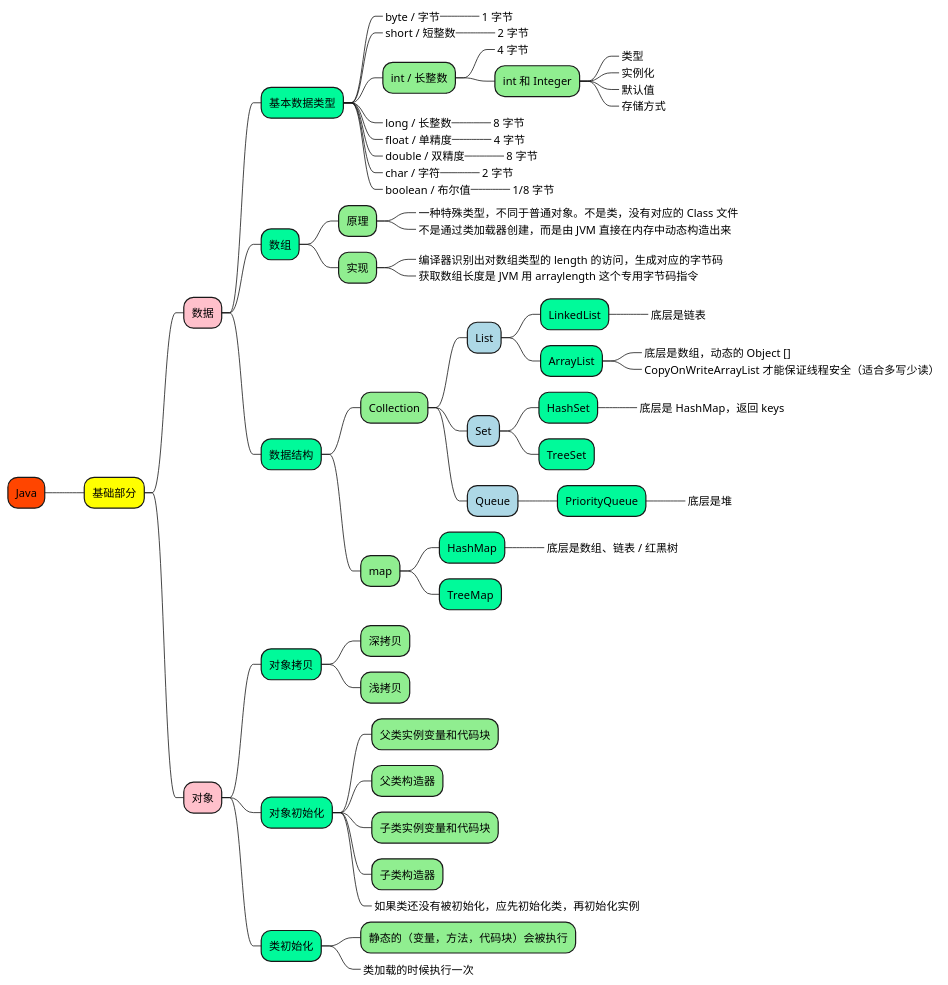
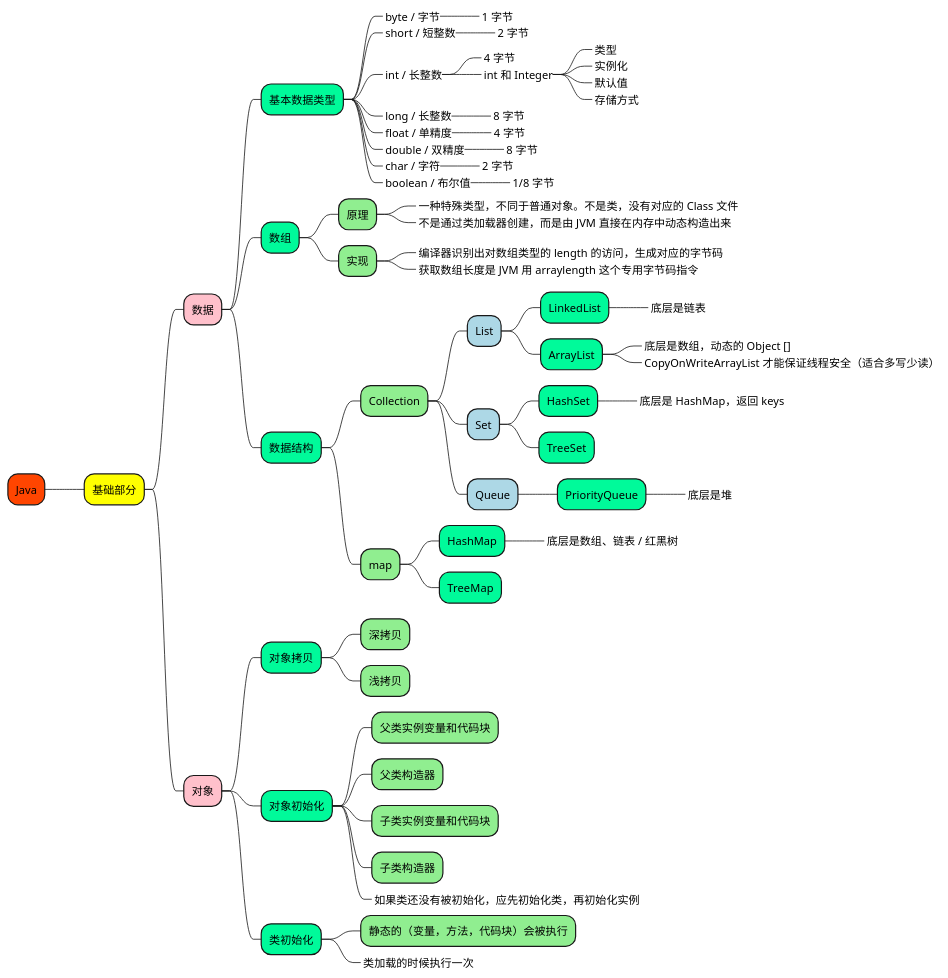
Before and after one commit to doveg/self-cultivation-of-a-software-engineer: the diagram in 1_map/java/Java.puml, drawn with PlantUML. The commit also changed 16 other files, not shown here.

```diff
--- a/1_map/java/Java.puml
+++ b/1_map/java/Java.puml
@@ -1,93 +1,93 @@
 @startmindmap
 
 +[#OrangeRed] Java
 
 ++[#yellow] 基础部分
 
 +++[#Pink] 数据
 
 ++++[#MediumSpringGreen] 基本数据类型
 
 +++++[#LightGreen]_ byte / 字节
 ++++++_ 1 字节
 +++++[#LightGreen]_ short / 短整数
 ++++++_ 2 字节
-+++++[#LightGreen] int / 长整数
++++++[#LightGreen]_ int / 长整数
 ++++++_ 4 字节
-++++++[#LightGreen] int 和 Integer
+++++++[#LightGreen]_ int 和 Integer
 +++++++_ 类型
 +++++++_ 实例化
 +++++++_ 默认值
 +++++++_ 存储方式
 +++++[#LightGreen]_ long / 长整数
 ++++++_ 8 字节
 +++++[#LightGreen]_ float / 单精度
 ++++++_ 4 字节
 +++++[#LightGreen]_ double / 双精度
 ++++++_ 8 字节
 +++++[#LightGreen]_ char / 字符
 ++++++_ 2 字节
 +++++[#LightGreen]_ boolean / 布尔值
 ++++++_ 1/8 字节
 
 ++++[#MediumSpringGreen] 数组
 
 +++++[#LightGreen] 原理
 ++++++[#LightBlue]_ 一种特殊类型，不同于普通对象。不是类，没有对应的 Class 文件
 ++++++[#LightBlue]_ 不是通过类加载器创建，而是由 JVM 直接在内存中动态构造出来
 
 +++++[#LightGreen] 实现
 ++++++[#LightBlue]_ 编译器识别出对数组类型的 length 的访问，生成对应的字节码
 ++++++[#LightBlue]_ 获取数组长度是 JVM 用 arraylength 这个专用字节码指令
 
 ++++[#MediumSpringGreen] 数据结构
 
 +++++[#LightGreen] Collection
 ++++++[#LightBlue] List
 +++++++[#MediumSpringGreen] LinkedList
 ++++++++[#MediumSpringGreen]_ 底层是链表
 +++++++[#MediumSpringGreen] ArrayList
 ++++++++[#MediumSpringGreen]_ 底层是数组，动态的 Object []
 ++++++++[#MediumSpringGreen]_ CopyOnWriteArrayList 才能保证线程安全（适合多写少读）
 
 ++++++[#LightBlue] Set
 +++++++[#MediumSpringGreen] HashSet
 ++++++++[#MediumSpringGreen]_ 底层是 HashMap，返回 keys
 +++++++[#MediumSpringGreen] TreeSet
 
 ++++++[#LightBlue] Queue
 +++++++[#MediumSpringGreen] PriorityQueue
 ++++++++[#MediumSpringGreen]_ 底层是堆
 
 +++++[#LightGreen] map
 ++++++[#MediumSpringGreen] HashMap
 +++++++[#MediumSpringGreen]_ 底层是数组、链表 / 红黑树
 ++++++[#MediumSpringGreen] TreeMap
 
 
 +++[#Pink] 对象
 
 ++++[#MediumSpringGreen] 对象拷贝
 +++++[#LightGreen] 深拷贝
 +++++[#LightGreen] 浅拷贝
 
 ++++[#MediumSpringGreen] 对象初始化
 +++++[#LightGreen] 父类实例变量和代码块
 +++++[#LightGreen] 父类构造器
 +++++[#LightGreen] 子类实例变量和代码块
 +++++[#LightGreen] 子类构造器
 +++++[#LightGreen]_ 如果类还没有被初始化，应先初始化类，再初始化实例
 
 ++++[#MediumSpringGreen] 类初始化
 +++++[#LightGreen] 静态的（变量，方法，代码块）会被执行
 +++++[#LightGreen]_ 类加载的时候执行一次
 
 
 
 
 'https://juejin.cn/post/6995088510134779912
 'https://www.jianshu.com/p/562c4c883459
 'https://www.jianshu.com/p/ecc6d3ac100d
 
 
 @endmindmap
```
